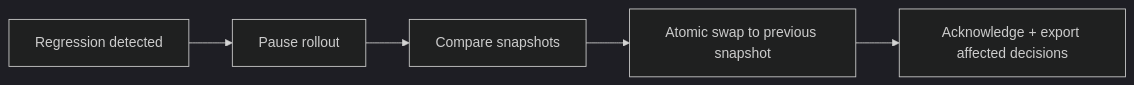
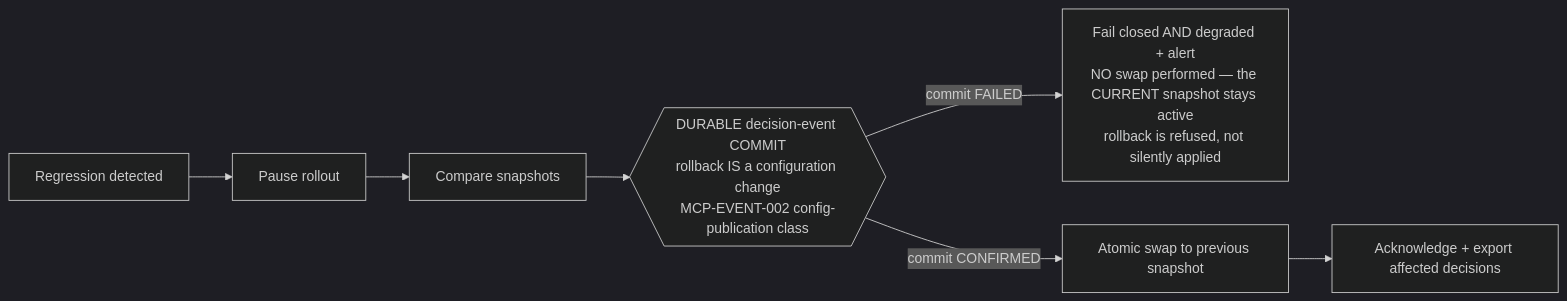
Diagram 11 of 15 in docs/design/mcp/DATA-FLOW-DIAGRAMS.md (KidCarmi/Culvert), drawn with Mermaid (dark theme) before and after one commit. The commit also changed other lines of this file and 2 other files, not shown here.

First line of the commit message:
docs(mcp): remove the spool bypass, gate rollback, and re-derive predicate 19

````diff
--- a/docs/design/mcp/DATA-FLOW-DIAGRAMS.md
+++ b/docs/design/mcp/DATA-FLOW-DIAGRAMS.md
@@ -231,7 +234,9 @@
 ```mermaid
 flowchart LR
   TRIG[Regression detected] --> PAUSE[Pause rollout]
   PAUSE --> CMP[Compare snapshots]
-  CMP --> RB[Atomic swap to previous snapshot]
+  CMP --> WALR{{"DURABLE decision-event COMMIT<br/>rollback IS a configuration change<br/>MCP-EVENT-002 config-publication class"}}
+  WALR -- "commit FAILED" --> FCR["Fail closed AND degraded + alert<br/>NO swap performed — the CURRENT snapshot stays active<br/>rollback is refused, not silently applied"]
+  WALR -- "commit CONFIRMED" --> RB[Atomic swap to previous snapshot]
   RB --> ACK[Acknowledge + export affected decisions]
 ```
````
